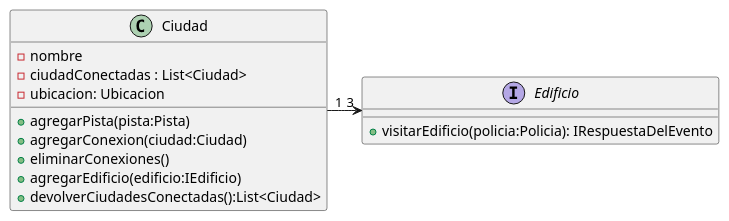
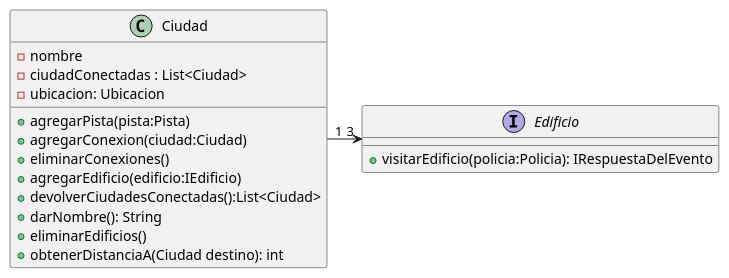
The diagram in diagrams/classes/dc_ciudad.plantuml (SeleneMartinez/Algo3_AlgoThief), drawn with PlantUML before and after one commit. The commit also changed 5 other files, not shown here.

Commit message:
agrego un diagrama de clase y modifico otros

```diff
--- a/diagrams/classes/dc_ciudad.plantuml
+++ b/diagrams/classes/dc_ciudad.plantuml
@@ -1,19 +1,22 @@
 @startuml
 class Ciudad
 {
     - nombre
     - ciudadConectadas : List<Ciudad>
     - ubicacion: Ubicacion
     + agregarPista(pista:Pista)
     + agregarConexion(ciudad:Ciudad)
     + eliminarConexiones()
     + agregarEdificio(edificio:IEdificio)
     + devolverCiudadesConectadas():List<Ciudad>
+    + darNombre(): String
+    + eliminarEdificios()
+    + obtenerDistanciaA(Ciudad destino): int
 }
 interface Edificio
 {
     + visitarEdificio(policia:Policia): IRespuestaDelEvento
 }
 
 Ciudad "1"-> "3"  Edificio
 @enduml
```
